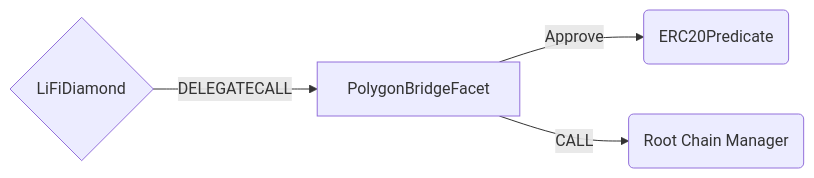
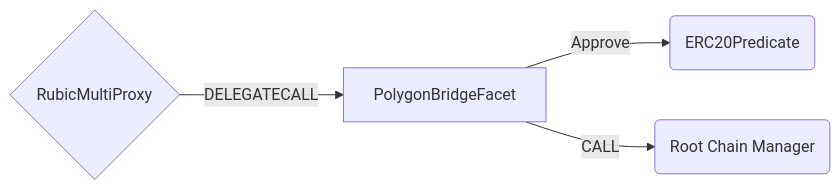
One commit to Cryptorubic/multi-proxy-rubic changed the diagram in docs/PolygonBridgeFacet.md. Above: the diagram before and after it, drawn with Mermaid. The commit also changed other lines of this file and 82 other files, not shown here.

Commit message:
rename to Rubic and change IRubic.BridgeData.integrator type

````diff
--- a/docs/PolygonBridgeFacet.md
+++ b/docs/PolygonBridgeFacet.md
@@ -7,6 +7,6 @@
 ```mermaid
 graph LR;
-    D{LiFiDiamond}-- DELEGATECALL -->PolygonBridgeFacet;
+    D{RubicMultiProxy}-- DELEGATECALL -->PolygonBridgeFacet;
     PolygonBridgeFacet -- Approve --> P(ERC20Predicate)
     PolygonBridgeFacet -- CALL --> M(Root Chain Manager)
 ```
````
